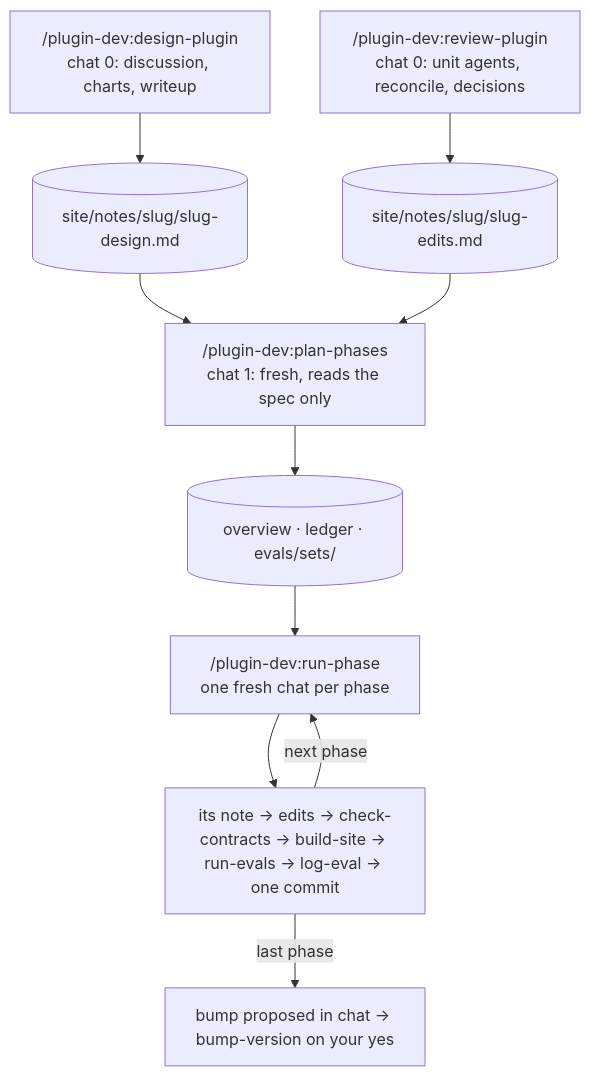
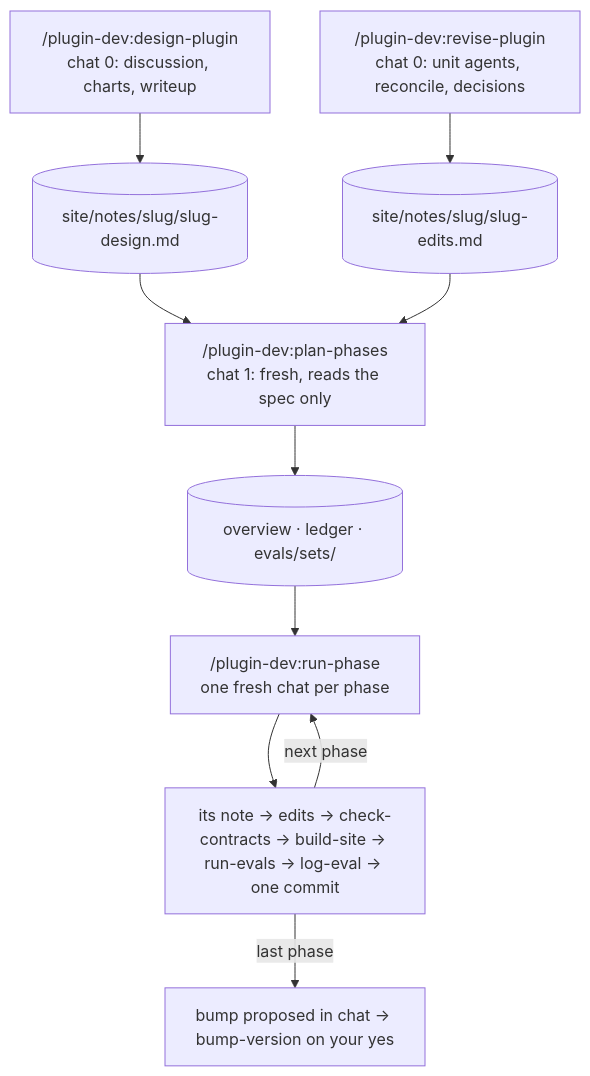
The second of 2 diagrams in plugin-dev/site/flow.md (cott435/cott-plugins), drawn with Mermaid before and after one commit. The commit also changed other lines of this file and 33 other files, not shown here.

First line of the commit message:
plugin-dev: two routes to plan-phases — design-plugin by workflow, revise-plugin (was review-plugin) by agent and skill; issues.py route sends a large selection from fix-issues to revise-plugin

````diff
--- a/plugin-dev/site/flow.md
+++ b/plugin-dev/site/flow.md
@@ -49,12 +51,12 @@
 ```mermaid
 flowchart TD
   A["/plugin-dev:design-plugin<br/>chat 0: discussion, charts, writeup"] --> D[("site/notes/slug/slug-design.md")]
-  R["/plugin-dev:review-plugin<br/>chat 0: unit agents, reconcile, decisions"] --> L[("site/notes/slug/slug-edits.md")]
+  R["/plugin-dev:revise-plugin<br/>chat 0: unit agents, reconcile, decisions"] --> L[("site/notes/slug/slug-edits.md")]
   D --> B["/plugin-dev:plan-phases<br/>chat 1: fresh, reads the spec only"]
   L --> B
   B --> N[("overview · ledger · evals/sets/")]
   N --> C["/plugin-dev:run-phase<br/>one fresh chat per phase"]
   C --> Q["its note → edits → check-contracts → build-site → run-evals → log-eval → one commit"]
   Q -->|next phase| C
   Q -->|last phase| V["bump proposed in chat → bump-version on your yes"]
 ```
````
